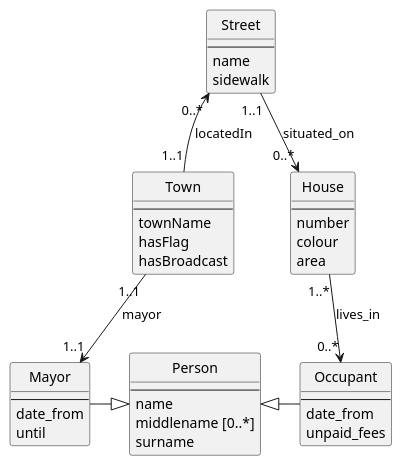
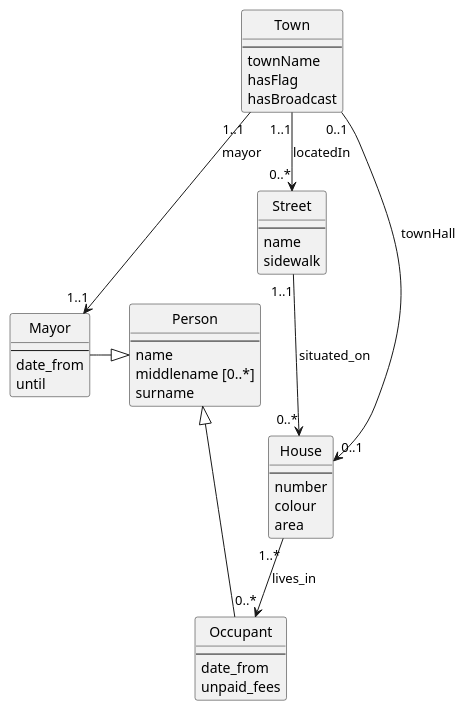
The diagram in 3/model/scheme1.plantuml (michael-sevcik/NPRG036-Data-Formats), drawn with PlantUML before and after one commit. The commit also changed 4 other files, not shown here.

```diff
--- a/3/model/scheme1.plantuml
+++ b/3/model/scheme1.plantuml
@@ -1,53 +1,54 @@
 @startuml townDiagram
 
 hide circle
 
 
 class "Town" as Town {
   --
   townName
   hasFlag
   hasBroadcast
 }
 
 class "Street" as Street {
   --
   name
   sidewalk
 }
 
 class "House" as House{
   --
   number
   colour
   area
 }
 
 class "Occupant" as Occupant{
   --
   date_from
   unpaid_fees
 }
 
 class "Person" as Person{
   --
   name
   middlename [0..*]
   surname
 }
 
 class "Mayor" as Mayor{
   --
   date_from
   until
 }
 
-Town "1..1" -u-> "0..*" Street : locatedIn
+Town "1..1" -d-> "0..*" Street : locatedIn
+Town "0..1" -d-> "0..1" House : townHall
 Street "1..1" -d-> "0..*" House : situated_on
 Town "1..1" -d-> "1..1" Mayor : mayor
 House "1..*" -d-> "0..*" Occupant : lives_in
 
 Occupant -l-|> Person : " "
 Mayor -r-|> Person : " "
 
 @enduml
```
